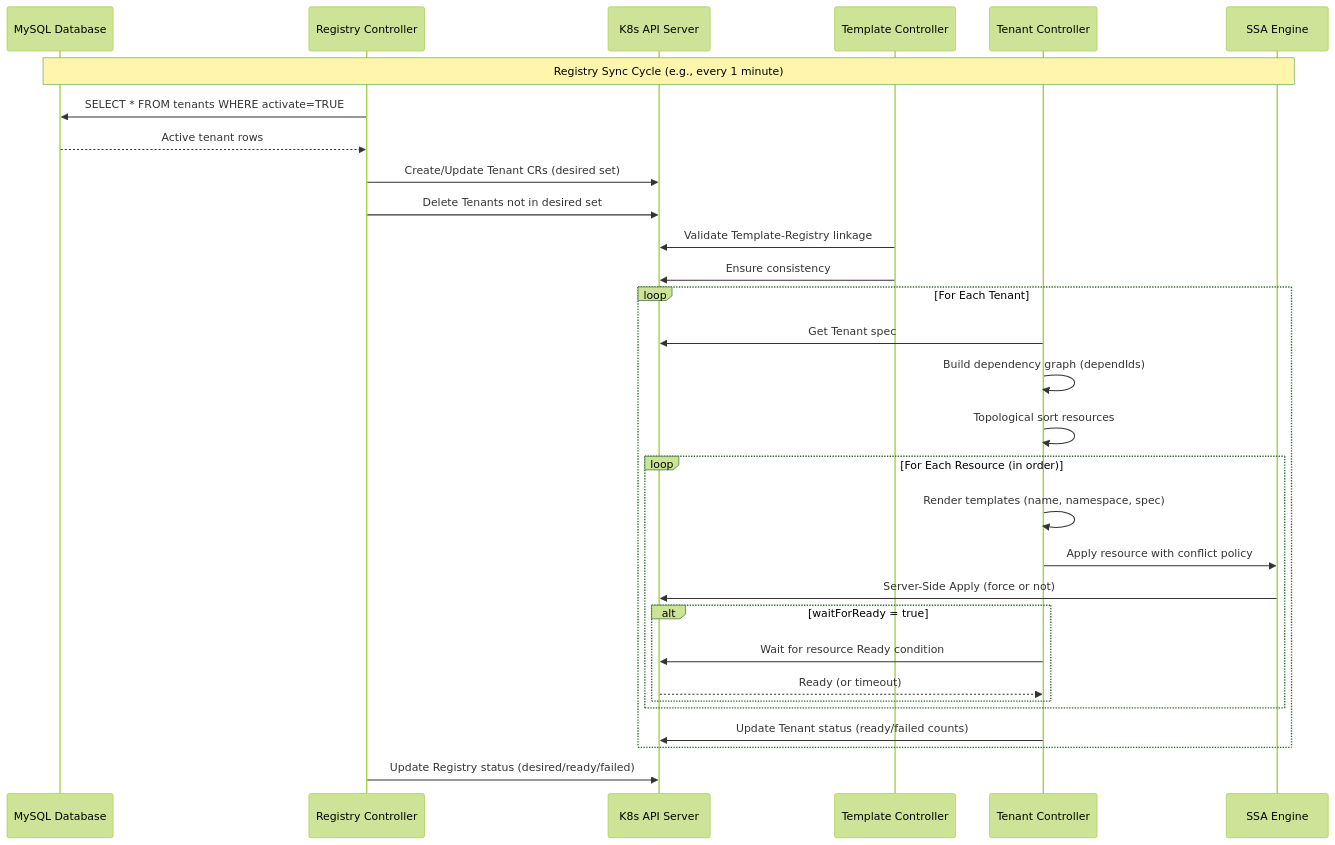
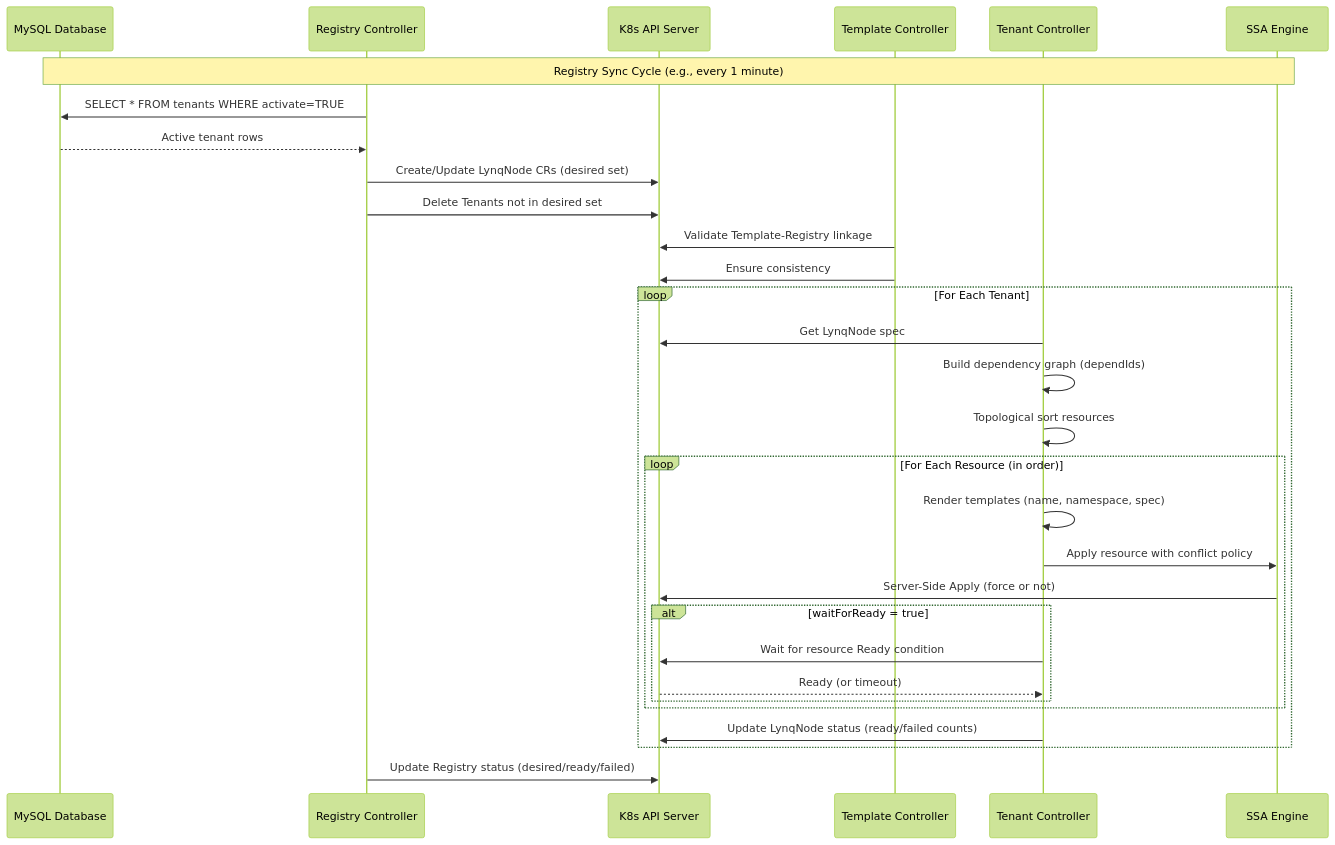
Before and after one commit to kubernetes-tenants/tenant-operator: the second of 2 diagrams in docs/architecture.md, drawn with Mermaid (forest theme). The commit also changed other lines of this file and 20 other files, not shown here.

Commit message:
Update documentation to use LynqNode instead of Tenant

````diff
--- a/docs/architecture.md
+++ b/docs/architecture.md
@@ -86,41 +86,41 @@
 ```mermaid
 sequenceDiagram
     participant DB as MySQL Database
     participant RC as Registry Controller
     participant API as K8s API Server
     participant TC as Template Controller
     participant TNC as Tenant Controller
     participant SSA as SSA Engine
 
     Note over DB,SSA: Registry Sync Cycle (e.g., every 1 minute)
 
     RC->>DB: SELECT * FROM tenants WHERE activate=TRUE
     DB-->>RC: Active tenant rows
 
-    RC->>API: Create/Update Tenant CRs (desired set)
+    RC->>API: Create/Update LynqNode CRs (desired set)
     RC->>API: Delete Tenants not in desired set
 
     TC->>API: Validate Template-Registry linkage
     TC->>API: Ensure consistency
 
     loop For Each Tenant
-        TNC->>API: Get Tenant spec
+        TNC->>API: Get LynqNode spec
         TNC->>TNC: Build dependency graph (dependIds)
         TNC->>TNC: Topological sort resources
 
         loop For Each Resource (in order)
             TNC->>TNC: Render templates (name, namespace, spec)
             TNC->>SSA: Apply resource with conflict policy
             SSA->>API: Server-Side Apply (force or not)
 
             alt waitForReady = true
                 TNC->>API: Wait for resource Ready condition
                 API-->>TNC: Ready (or timeout)
             end
         end
 
-        TNC->>API: Update Tenant status (ready/failed counts)
+        TNC->>API: Update LynqNode status (ready/failed counts)
     end
 
     RC->>API: Update Registry status (desired/ready/failed)
 ```
````
